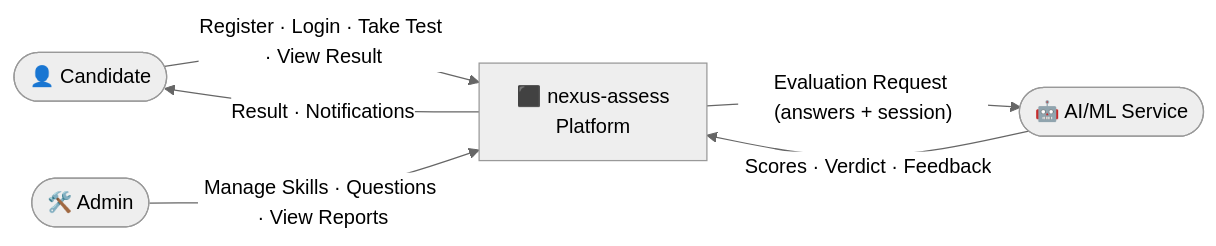
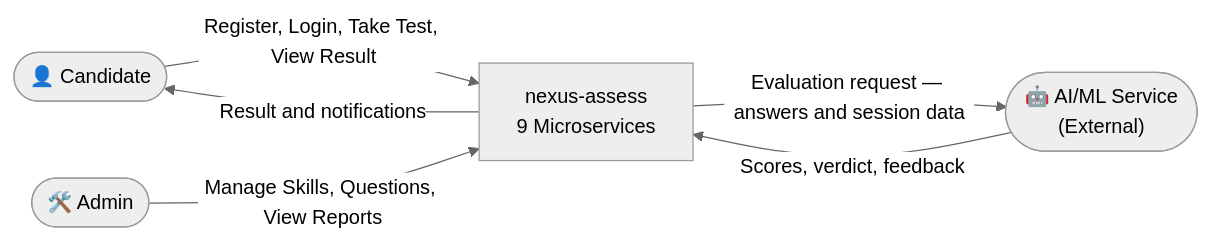
Before and after one commit to mishrabhi/placemux-assess: the first of 4 diagrams in docs/DATA_FLOW.md, drawn with Mermaid (neutral theme). The commit also changed other lines of this file and 35 other files, not shown here.

````diff
--- a/docs/DATA_FLOW.md
+++ b/docs/DATA_FLOW.md
@@ -9,13 +8,13 @@
 ```mermaid
 flowchart LR
     Candidate(["👤 Candidate"])
     Admin(["🛠️ Admin"])
-    AIML(["🤖 AI/ML Service"])
-    System["⬛ nexus-assess\nPlatform"]
+    AIML(["🤖 AI/ML Service\n(External)"])
+    Platform["nexus-assess\n9 Microservices"]
 
-    Candidate -->|"Register · Login · Take Test · View Result"| System
-    Admin -->|"Manage Skills · Questions · View Reports"| System
-    System -->|"Evaluation Request (answers + session)"| AIML
-    AIML -->|"Scores · Verdict · Feedback"| System
-    System -->|"Result · Notifications"| Candidate
+    Candidate -->|"Register, Login, Take Test, View Result"| Platform
+    Admin -->|"Manage Skills, Questions, View Reports"| Platform
+    Platform -->|"Evaluation request — answers and session data"| AIML
+    AIML -->|"Scores, verdict, feedback"| Platform
+    Platform -->|"Result and notifications"| Candidate
 ```
````
